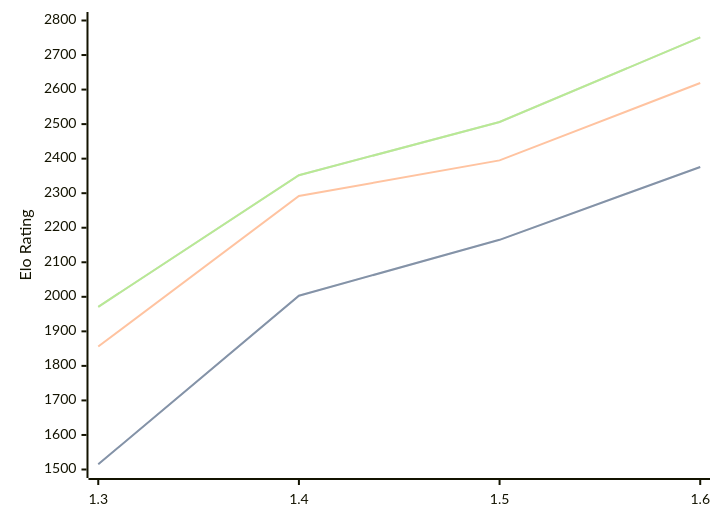
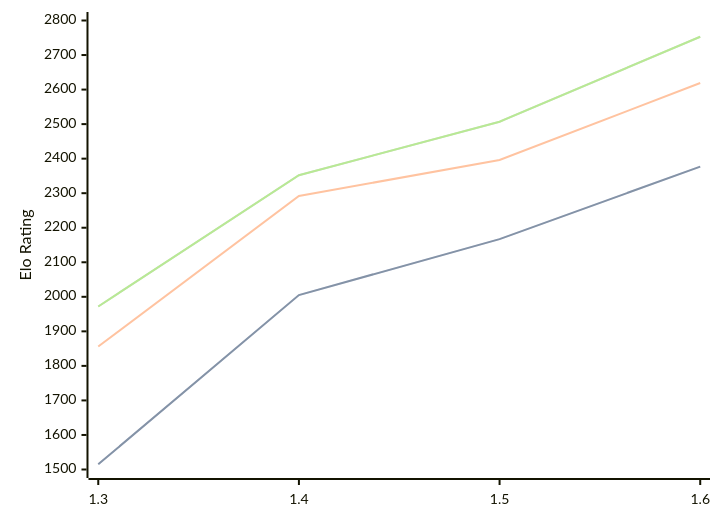
The diagram in engines/Facon.md (computer-chess-index/cci), drawn with Mermaid before and after one commit. The commit also changed other lines of this file, not shown here.

Commit message:
Update CCI Ratings (ELO VLTC) - 2026-09-14

````diff
--- a/engines/Facon.md
+++ b/engines/Facon.md
@@ -35,11 +35,11 @@
 ```mermaid
 %%{init: {"theme":"base","themeVariables":{"seriesColors:['#a3a3a3','#222221','#faa371']}}}%%
 xychart-beta
   x-axis ["1.3", "1.4", "1.5", "1.6"]
   y-axis "Elo Rating" 1500 --> 2800
-  line "" [1515, 2003, 2165, 2376]
-  line "STC (8.0+0.08s)" [1515, 2003, 2165, 2376]
-  line "LTC (60.0+0.60s)" [1856, 2292, 2395, 2619]
-  line "" [1971, 2352, 2506, 2751]
-  line "VLTC (2m24s+1.12s)" [1971, 2352, 2506, 2751]
+  line "" [1515, 2005, 2167, 2377]
+  line "STC (8.0+0.08s)" [1515, 2005, 2167, 2377]
+  line "LTC (60.0+0.60s)" [1856, 2292, 2396, 2619]
+  line "" [1972, 2352, 2507, 2753]
+  line "VLTC (2m24s+1.12s)" [1972, 2352, 2507, 2753]
 ```
````
